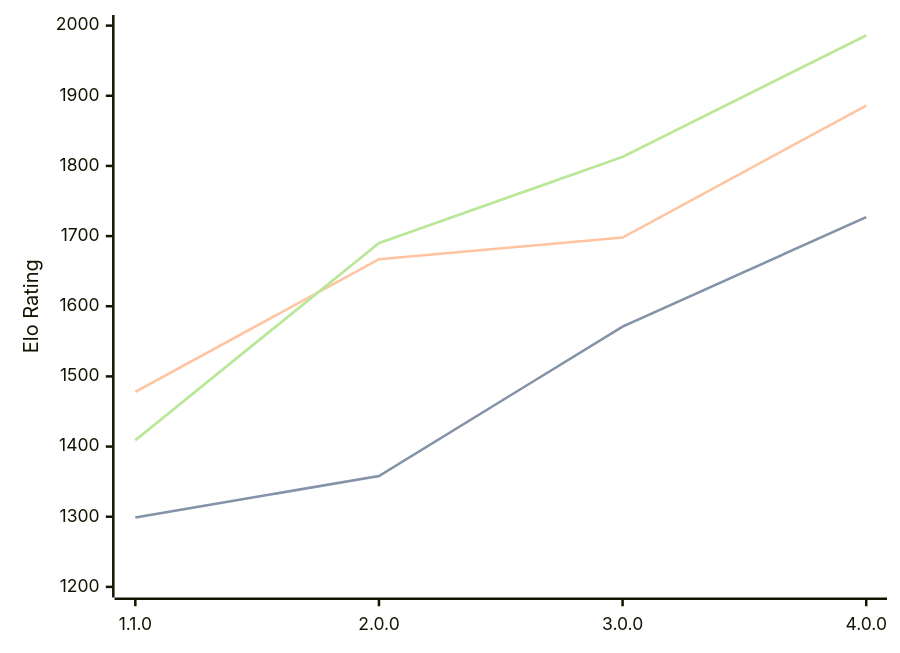
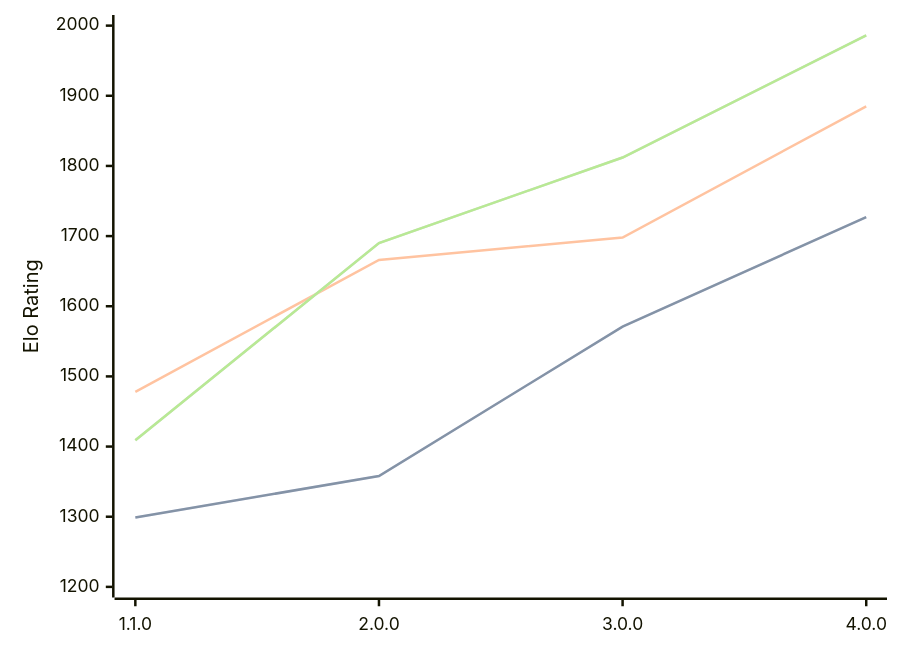
The diagram in engines/Laura.md (computer-chess-index/cci), drawn with Mermaid before and after one commit. The commit also changed other lines of this file, not shown here.

Commit message:
Update CCI Ratings (ELO VLTC) - 2026-09-21

````diff
--- a/engines/Laura.md
+++ b/engines/Laura.md
@@ -34,11 +34,11 @@
 ```mermaid
 %%{init: {"theme":"base","themeVariables":{"seriesColors:['#a3a3a3','#222221','#faa371']}}}%%
 xychart-beta
   x-axis ["1.1.0", "2.0.0", "3.0.0", "4.0.0"]
   y-axis "Elo Rating" 1200 --> 2000
   line "" [1299, 1358, 1571, 1727]
   line "STC (8.0+0.08s)" [1299, 1358, 1571, 1727]
-  line "LTC (60.0+0.60s)" [1478, 1667, 1698, 1886]
-  line "" [1409, 1690, 1813, 1986]
-  line "VLTC (2m24s+1.12s)" [1409, 1690, 1813, 1986]
+  line "LTC (60.0+0.60s)" [1478, 1666, 1698, 1885]
+  line "" [1409, 1690, 1812, 1986]
+  line "VLTC (2m24s+1.12s)" [1409, 1690, 1812, 1986]
 ```
````
